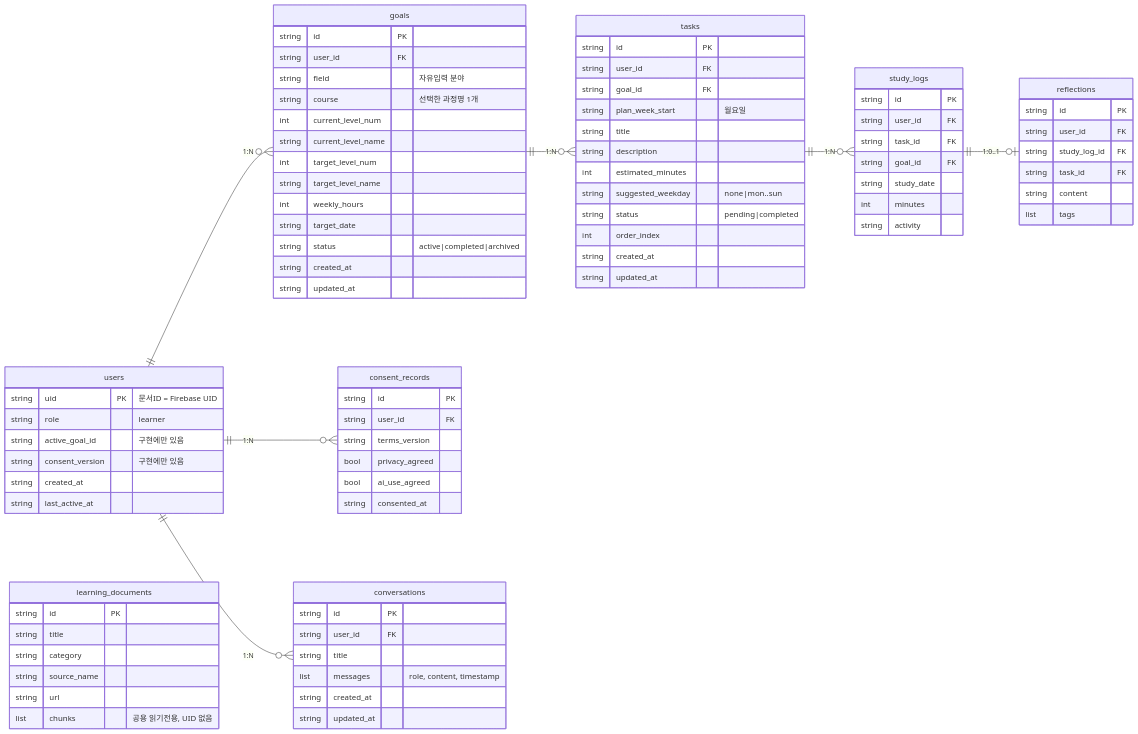
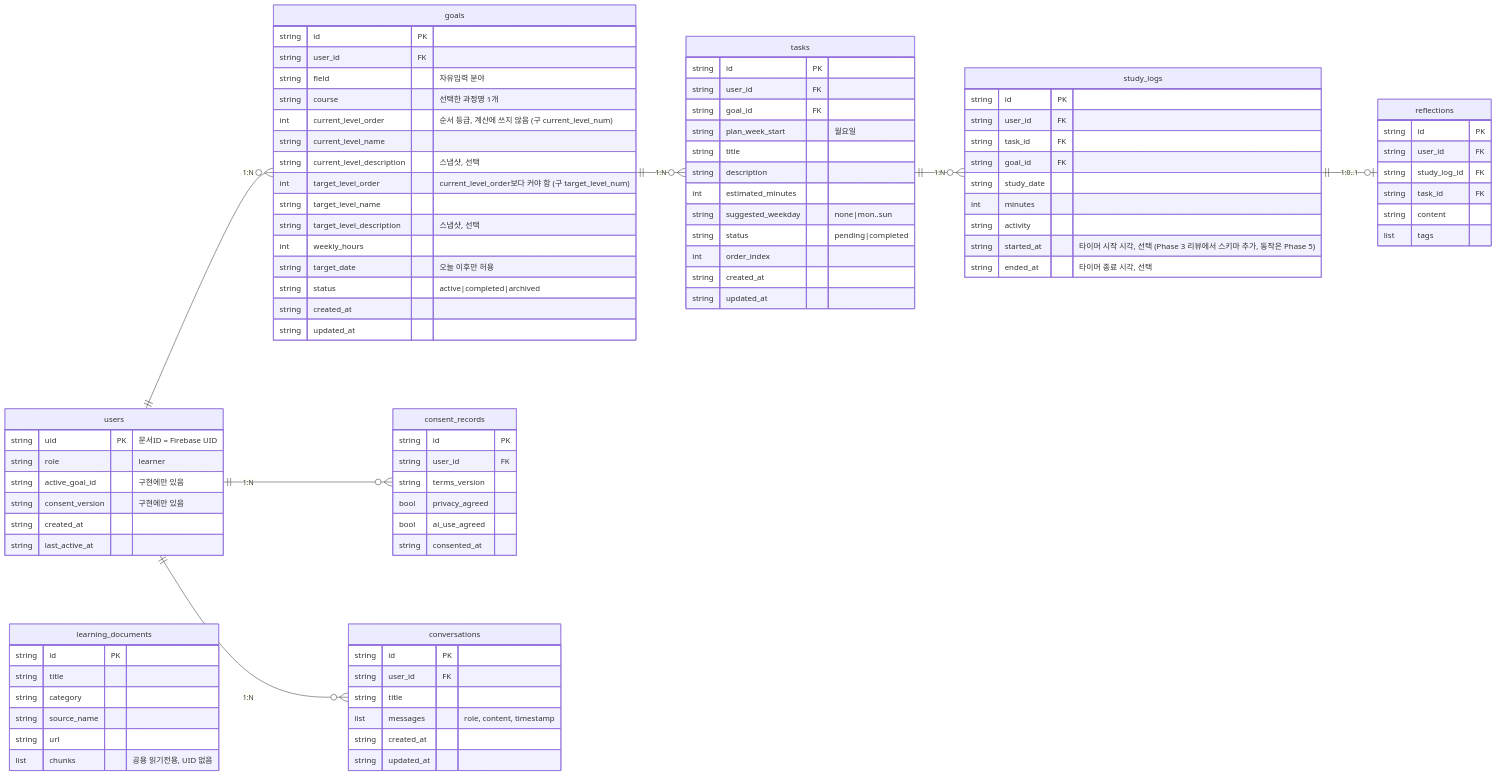
One commit to yong05610/ai-n-fprj changed the diagram in docs/erd_current.md. Above: the diagram before and after it, drawn with Mermaid. The commit also changed other lines of this file and 12 other files, not shown here.

```diff
--- a/docs/erd_current.md
+++ b/docs/erd_current.md
@@ -37,12 +37,14 @@
         string user_id FK
         string field "자유입력 분야"
         string course "선택한 과정명 1개"
-        int current_level_num
+        int current_level_order "순서 등급, 계산에 쓰지 않음 (구 current_level_num)"
         string current_level_name
-        int target_level_num
+        string current_level_description "스냅샷, 선택"
+        int target_level_order "current_level_order보다 커야 함 (구 target_level_num)"
         string target_level_name
+        string target_level_description "스냅샷, 선택"
         int weekly_hours
-        string target_date
+        string target_date "오늘 이후만 허용"
         string status "active|completed|archived"
         string created_at
         string updated_at
@@ -69,6 +71,8 @@
         string study_date
         int minutes
         string activity
+        string started_at "타이머 시작 시각, 선택 (Phase 3 리뷰에서 스키마 추가, 동작은 Phase 5)"
+        string ended_at "타이머 종료 시각, 선택"
     }
     reflections {
         string id PK
```
